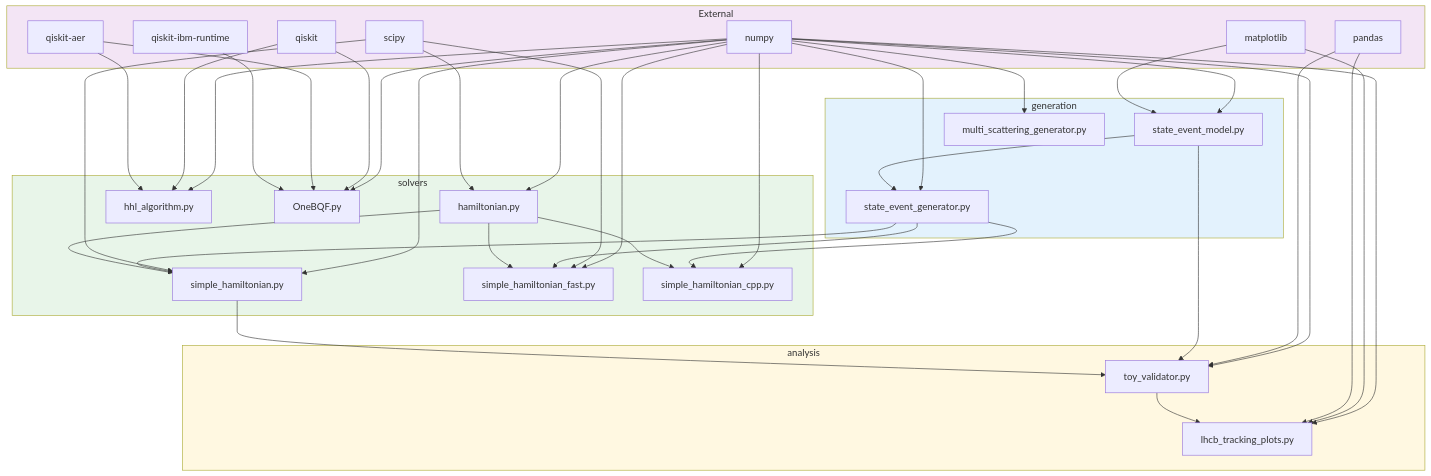
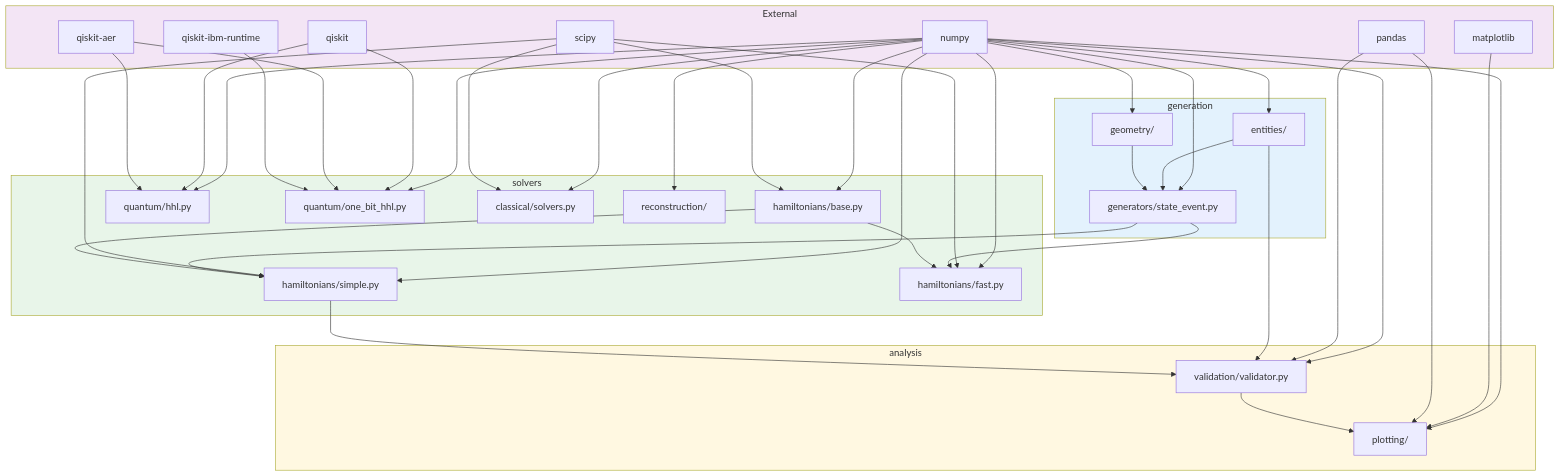
Before and after one commit to GeorgeWilliam1999/LHCb_VeLo_Toy_Model: the fourth of 13 diagrams in docs/FLOW_DIAGRAMS.md, drawn with Mermaid. The commit also changed other lines of this file and 14 other files, not shown here.

````diff
--- a/docs/FLOW_DIAGRAMS.md
+++ b/docs/FLOW_DIAGRAMS.md
@@ -265,79 +258,80 @@
 ```mermaid
 graph TD
     subgraph External
         NP[numpy]
         SP[scipy]
         MPL[matplotlib]
         PD[pandas]
         QK[qiskit]
         AER[qiskit-aer]
         IBM[qiskit-ibm-runtime]
     end
     
     subgraph generation
-        SEM[state_event_model.py]
-        SEG[state_event_generator.py]
-        MSG[multi_scattering_generator.py]
+        ENT[entities/]
+        GEO2[geometry/]
+        GEN2[generators/state_event.py]
     end
     
     subgraph solvers
-        HAM[hamiltonian.py]
-        SH[simple_hamiltonian.py]
-        SHF[simple_hamiltonian_fast.py]
-        SHC[simple_hamiltonian_cpp.py]
-        HHL[hhl_algorithm.py]
-        OBQ[OneBQF.py]
+        HAM[hamiltonians/base.py]
+        SH[hamiltonians/simple.py]
+        SHF[hamiltonians/fast.py]
+        HHL[quantum/hhl.py]
+        OBQ[quantum/one_bit_hhl.py]
+        CLS2[classical/solvers.py]
+        REC[reconstruction/]
     end
     
     subgraph analysis
-        TV[toy_validator.py]
-        LTP[lhcb_tracking_plots.py]
+        TV[validation/validator.py]
+        LTP[plotting/]
     end
     
     %% External dependencies
-    NP --> SEM
-    NP --> SEG
-    NP --> MSG
+    NP --> ENT
+    NP --> GEO2
+    NP --> GEN2
     NP --> HAM
     NP --> SH
     NP --> SHF
-    NP --> SHC
+    NP --> CLS2
     NP --> TV
     NP --> LTP
     NP --> HHL
     NP --> OBQ
+    NP --> REC
     
     SP --> SH
     SP --> SHF
     SP --> HAM
+    SP --> CLS2
     
-    MPL --> SEM
     MPL --> LTP
     
     PD --> TV
     PD --> LTP
     
     QK --> HHL
     QK --> OBQ
     AER --> HHL
     AER --> OBQ
     IBM --> OBQ
     
     %% Internal dependencies
-    SEM --> SEG
-    SEG --> SH
-    SEG --> SHF
-    SEG --> SHC
+    ENT --> GEN2
+    GEO2 --> GEN2
+    GEN2 --> SH
+    GEN2 --> SHF
     HAM --> SH
     HAM --> SHF
-    HAM --> SHC
     
-    SEM --> TV
+    ENT --> TV
     SH --> TV
     TV --> LTP
     
     style generation fill:#e3f2fd
     style solvers fill:#e8f5e9
     style analysis fill:#fff8e1
     style External fill:#f3e5f5
 ```
````
